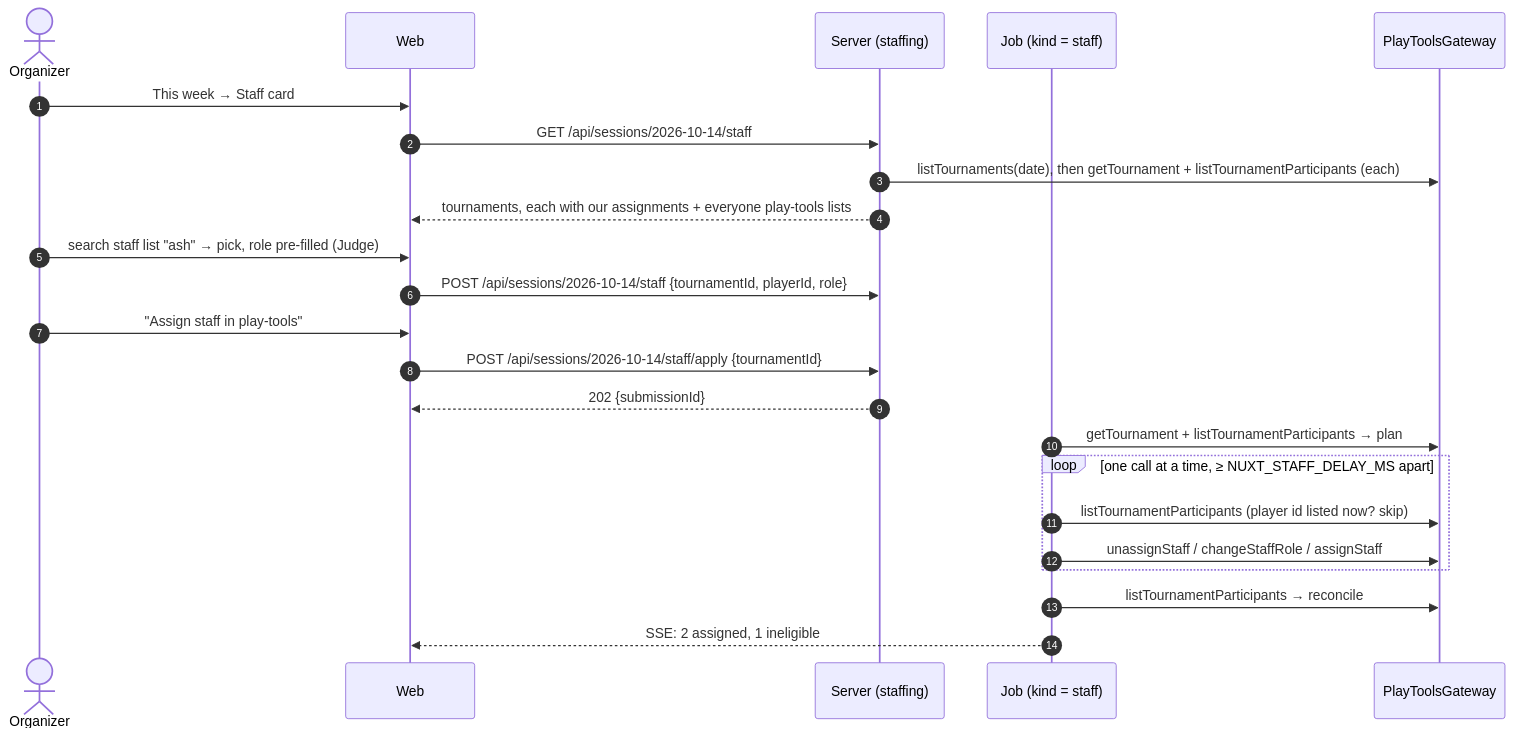
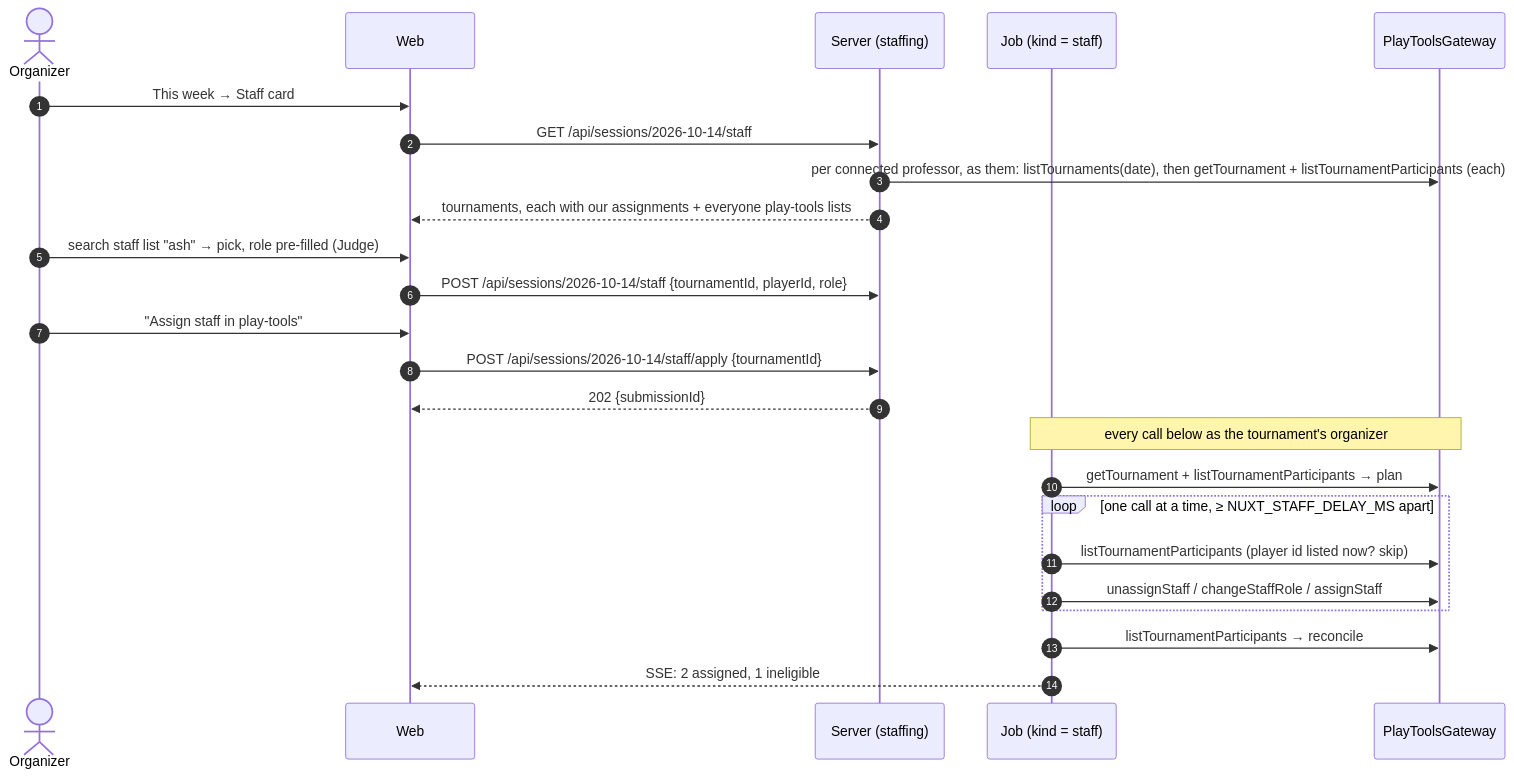
The fifth of 6 diagrams in docs/architecture/README.md (Towerism/play-pokemon-attendance-web), drawn with Mermaid before and after one commit. The commit also changed other lines of this file and 4 other files, not shown here.

First line of the commit message:
docs(architecture): ADR-0009 tournaments are read and staffed as their organizer; shared leagues

````diff
--- a/docs/architecture/README.md
+++ b/docs/architecture/README.md
@@ -815,26 +827,27 @@
 ```mermaid
 sequenceDiagram
   autonumber
   actor O as Organizer
   participant W as Web
   participant S as Server (staffing)
   participant J as Job (kind = staff)
   participant G as PlayToolsGateway
 
   O->>W: This week → Staff card
   W->>S: GET /api/sessions/2026-10-14/staff
-  S->>G: listTournaments(date), then getTournament + listTournamentParticipants (each)
+  S->>G: per connected professor, as them: listTournaments(date), then getTournament + listTournamentParticipants (each)
   S-->>W: tournaments, each with our assignments + everyone play-tools lists
   O->>W: search staff list "ash" → pick, role pre-filled (Judge)
   W->>S: POST /api/sessions/2026-10-14/staff {tournamentId, playerId, role}
   O->>W: "Assign staff in play-tools"
   W->>S: POST /api/sessions/2026-10-14/staff/apply {tournamentId}
   S-->>W: 202 {submissionId}
+  Note over J,G: every call below as the tournament's organizer
   J->>G: getTournament + listTournamentParticipants → plan
   loop one call at a time, ≥ NUXT_STAFF_DELAY_MS apart
     J->>G: listTournamentParticipants (player id listed now? skip)
     J->>G: unassignStaff / changeStaffRole / assignStaff
   end
   J->>G: listTournamentParticipants → reconcile
   J-->>W: SSE: 2 assigned, 1 ineligible
 ```
````
